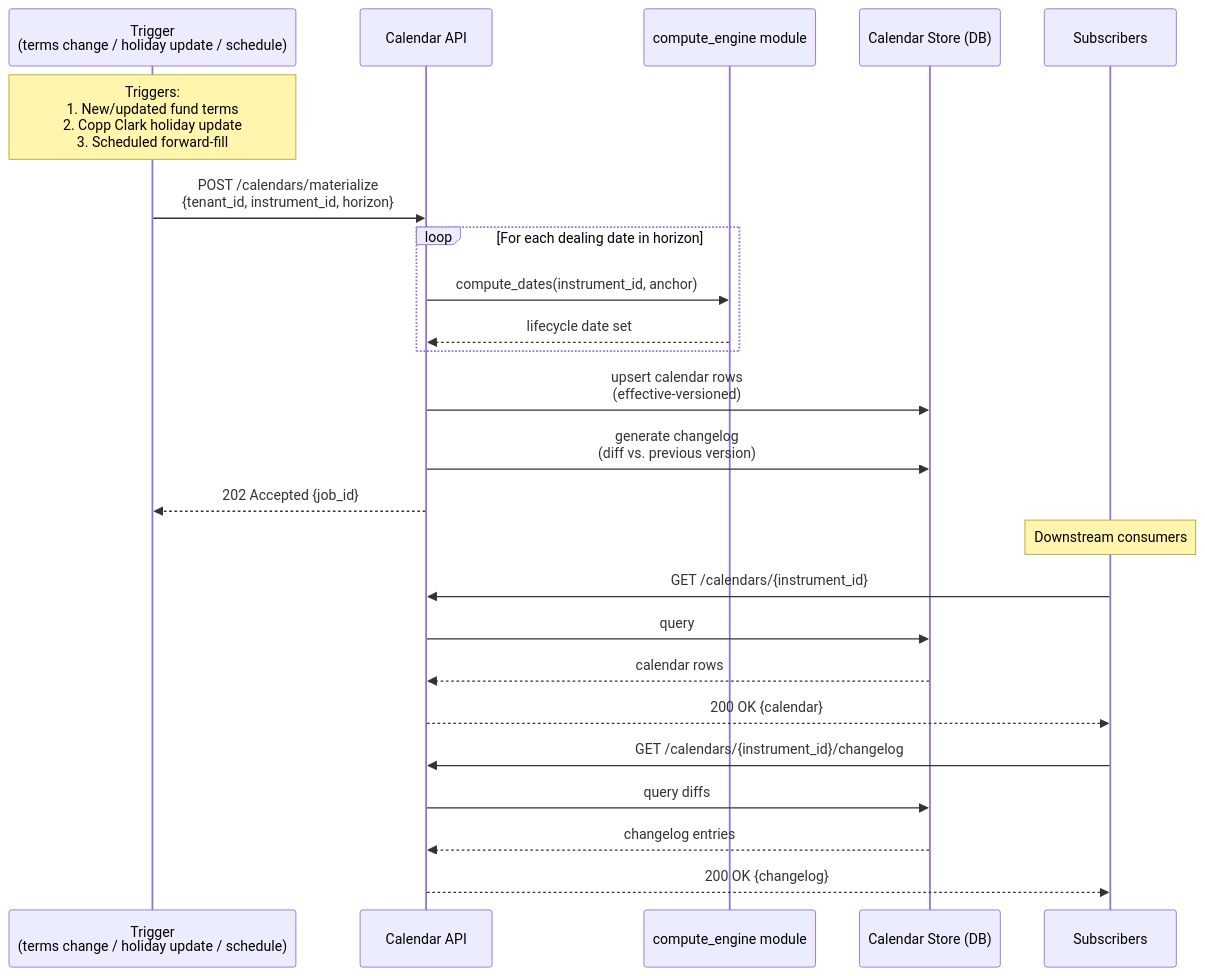
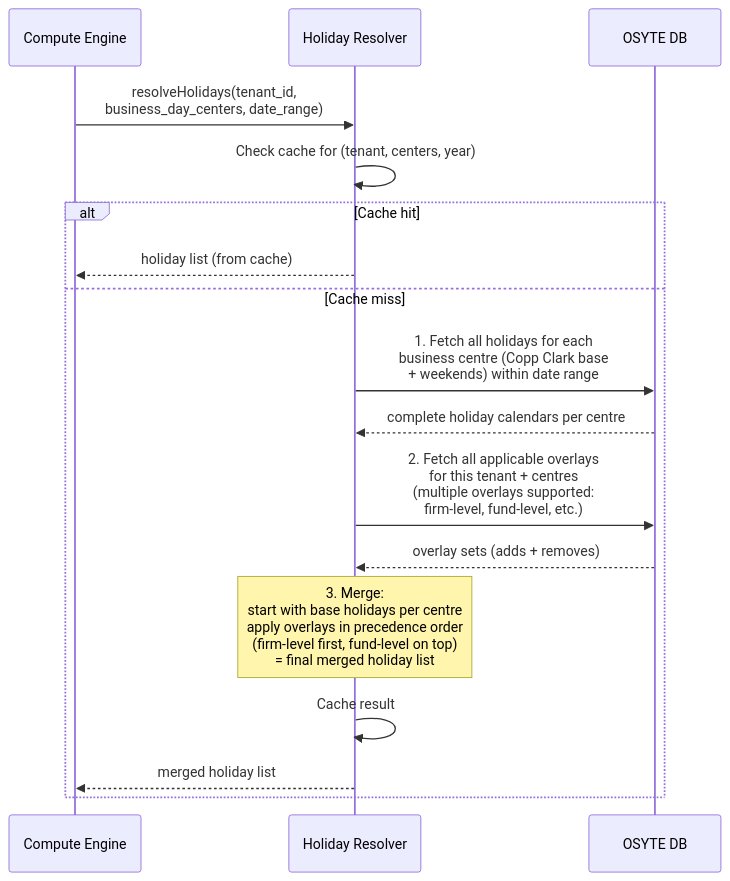
The fourth of 4 diagrams in lcs-main/docs/architecture.md (Ashu290905/OSYTE), drawn with Mermaid before and after one commit. The commit also changed other lines of this file, not shown here.

First line of the commit message:
Restructure: APIs first, then engine, then HR/TR. Workflow as subheading.

````diff
--- a/lcs-main/docs/architecture.md
+++ b/lcs-main/docs/architecture.md
@@ -363,35 +410,26 @@
 ```mermaid
 sequenceDiagram
-    participant Trigger as Trigger<br/>(terms change / holiday update / schedule)
-    participant CalAPI as Calendar API
-    participant CE as compute_engine module
-    participant Store as Calendar Store (DB)
-    participant Sub as Subscribers
+    participant Caller as Compute Engine
+    participant HR as Holiday Resolver
+    participant DB as OSYTE DB
 
-    Note over Trigger: Triggers:<br/>1. New/updated fund terms<br/>2. Copp Clark holiday update<br/>3. Scheduled forward-fill
+    Caller->>HR: resolveHolidays(tenant_id,<br/>business_day_centers, date_range)
 
-    Trigger->>CalAPI: POST /calendars/materialize<br/>{tenant_id, instrument_id, horizon}
+    HR->>HR: Check cache for (tenant, centers, year)
 
-    loop For each dealing date in horizon
-        CalAPI->>CE: compute_dates(instrument_id, anchor)
-        CE-->>CalAPI: lifecycle date set
+    alt Cache hit
+        HR-->>Caller: holiday list (from cache)
+    else Cache miss
+        HR->>DB: 1. Fetch all holidays for each<br/>business centre (Copp Clark base<br/>+ weekends) within date range
+        DB-->>HR: complete holiday calendars per centre
+
+        HR->>DB: 2. Fetch all applicable overlays<br/>for this tenant + centres<br/>(multiple overlays supported:<br/>firm-level, fund-level, etc.)
+        DB-->>HR: overlay sets (adds + removes)
+
+        Note over HR: 3. Merge:<br/>start with base holidays per centre<br/>apply overlays in precedence order<br/>(firm-level first, fund-level on top)<br/>= final merged holiday list
+
+        HR->>HR: Cache result
+
+        HR-->>Caller: merged holiday list
     end
-
-    CalAPI->>Store: upsert calendar rows<br/>(effective-versioned)
-
-    CalAPI->>Store: generate changelog<br/>(diff vs. previous version)
-
-    CalAPI-->>Trigger: 202 Accepted {job_id}
-
-    Note over Sub: Downstream consumers
-
-    Sub->>CalAPI: GET /calendars/{instrument_id}
-    CalAPI->>Store: query
-    Store-->>CalAPI: calendar rows
-    CalAPI-->>Sub: 200 OK {calendar}
-
-    Sub->>CalAPI: GET /calendars/{instrument_id}/changelog
-    CalAPI->>Store: query diffs
-    Store-->>CalAPI: changelog entries
-    CalAPI-->>Sub: 200 OK {changelog}
 ```
````
